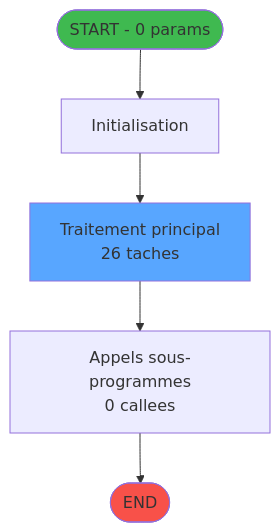
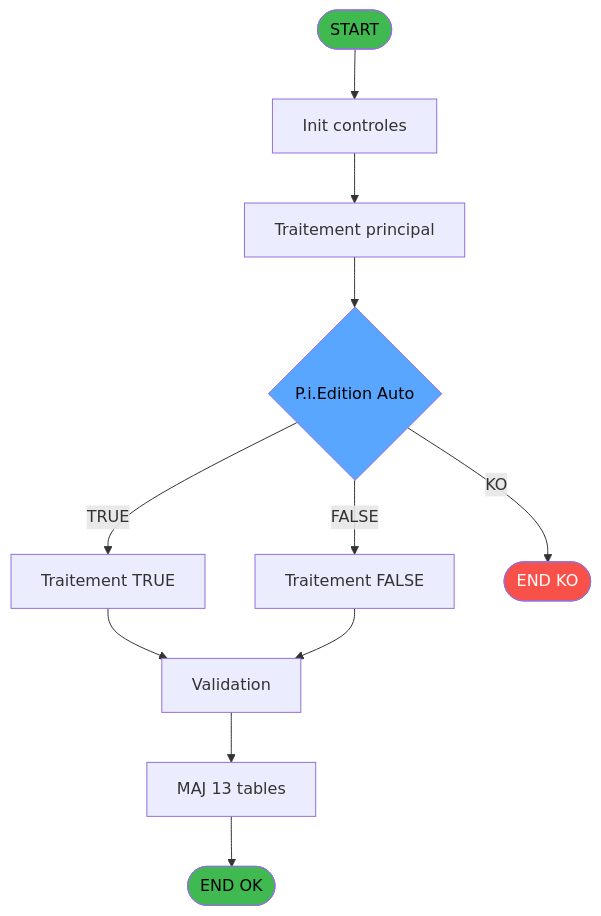
One commit to thonyAGP/magic-migration changed the first of 3 diagrams in .openspec/specs/ADH-IDE-64.md. Above: the diagram before and after it, drawn with Mermaid. The commit also changed other lines of this file and 253 other files, not shown here.

````diff
--- a/.openspec/specs/ADH-IDE-64.md
+++ b/.openspec/specs/ADH-IDE-64.md
@@ -103,14 +509,24 @@
 ```mermaid
 flowchart TD
-    START([START - 0 params])
-    INIT["Initialisation"]
-    PROCESS["Traitement principal<br/>26 taches"]
-    CALLS["Appels sous-programmes<br/>0 callees"]
-    ENDOK([END])
+    START([START])
+    INIT[Init controles]
+    SAISIE[Traitement principal]
+    DECISION{P.i.Edition Auto}
+    BR1[Traitement TRUE]
+    BR2[Traitement FALSE]
+    VALID[Validation]
+    UPDATE[MAJ 13 tables]
+    ENDOK([END OK])
+    ENDKO([END KO])
 
-    START --> INIT --> PROCESS --> CALLS --> ENDOK
+    START --> INIT --> SAISIE --> DECISION
+    DECISION -->|TRUE| BR1 --> VALID
+    DECISION -->|FALSE| BR2 --> VALID
+    VALID --> UPDATE --> ENDOK
+    DECISION -->|KO| ENDKO
 
-    style START fill:#3fb950
-    style ENDOK fill:#f85149
-    style PROCESS fill:#58a6ff
+    style START fill:#3fb950,color:#000
+    style ENDOK fill:#3fb950,color:#000
+    style ENDKO fill:#f85149,color:#fff
+    style DECISION fill:#58a6ff,color:#000
 ```
````
